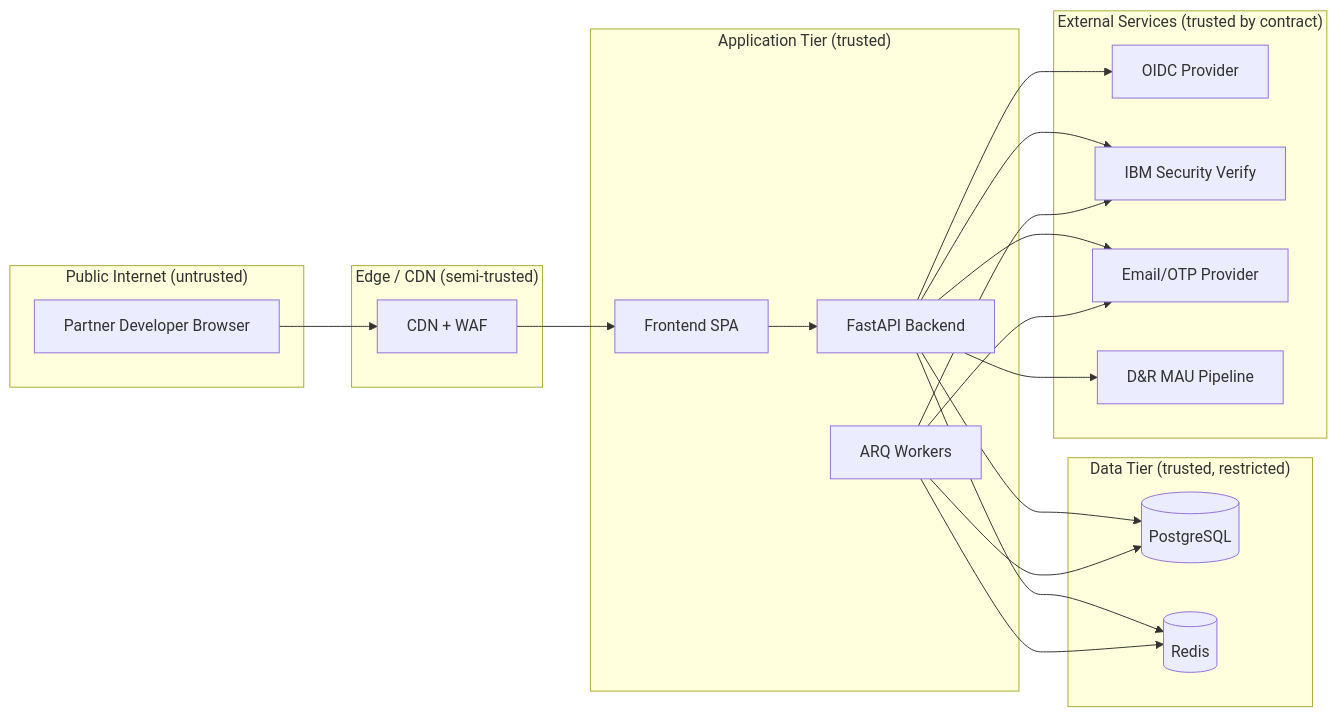
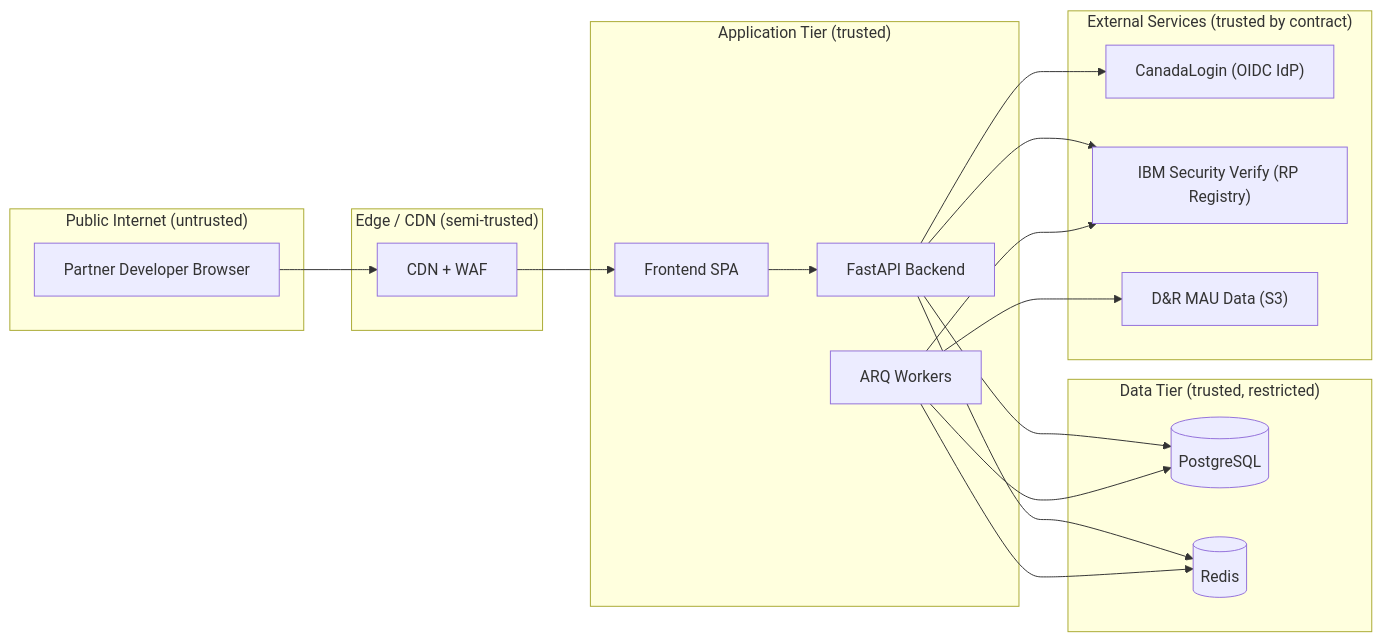
The first of 13 diagrams in docs/plans/partner-portal-mvp-data-flows.md (cds-snc/canadalogin-partner-portal), drawn with Mermaid before and after one commit. The commit also changed other lines of this file and 1 other file, not shown here.

Commit message:
mvp architecture doc update (#93)

````diff
--- a/docs/plans/partner-portal-mvp-data-flows.md
+++ b/docs/plans/partner-portal-mvp-data-flows.md
@@ -9,41 +9,38 @@
 ```mermaid
 flowchart LR
     subgraph public["Public Internet (untrusted)"]
         user["Partner Developer Browser"]
     end
 
     subgraph edge["Edge / CDN (semi-trusted)"]
         cdn["CDN + WAF"]
     end
 
     subgraph app["Application Tier (trusted)"]
         fe["Frontend SPA"]
         be["FastAPI Backend"]
         worker["ARQ Workers"]
     end
 
     subgraph data["Data Tier (trusted, restricted)"]
         pg[("PostgreSQL")]
         redis[("Redis")]
     end
 
     subgraph external["External Services (trusted by contract)"]
-        oidc["OIDC Provider"]
-        verify["IBM Security Verify"]
-        notify["Email/OTP Provider"]
-        dnr["D&R MAU Pipeline"]
+        canadalogin["CanadaLogin (OIDC IdP)"]
+        verify["IBM Security Verify (RP Registry)"]
+        s3["D&R MAU Data (S3)"]
     end
 
     user --> cdn --> fe
     fe --> be
     be --> pg
     be --> redis
-    be --> oidc
+    be --> canadalogin
     be --> verify
-    be --> notify
-    be --> dnr
     worker --> redis
     worker --> pg
     worker --> verify
-    worker --> notify
+    worker --> s3
 ```
````
